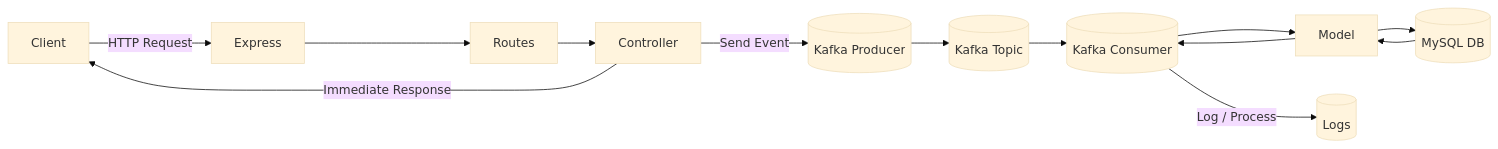
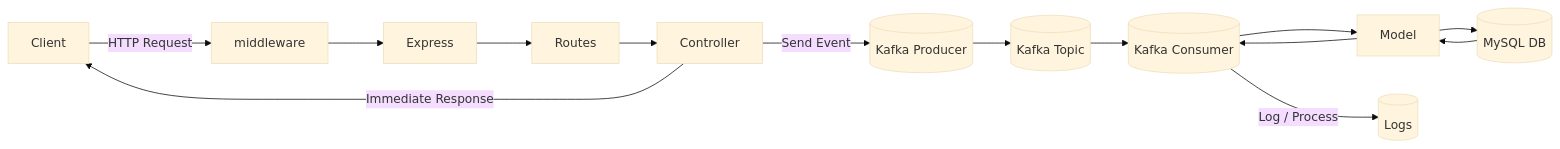
The second of 5 diagrams in README.md (abhis-10/Event-Driven-Order-Processing-System), drawn with Mermaid (base theme) before and after one commit. The commit also changed other lines of this file, not shown here.

First line of the commit message:
Enhance README with project structure flowchart

````diff
--- a/README.md
+++ b/README.md
@@ -54,20 +57,20 @@
 ```mermaid
 flowchart LR
-    Client -->|HTTP Request| Express
+    Client -->|HTTP Request| middleware --> Express
     Express --> Routes
     Routes --> Controller
 
     Controller -->|Send Event| KafkaProducer[(Kafka Producer)]
     KafkaProducer --> KafkaTopic[(Kafka Topic)]
 
     KafkaTopic --> KafkaConsumer[(Kafka Consumer)]
     KafkaConsumer --> Model
     Model --> MySQL[(MySQL DB)]
 
     MySQL --> Model
     Model --> KafkaConsumer
     KafkaConsumer -->|Log / Process| Console[(Logs)]
 
     Controller -->|Immediate Response| Client
 
 ```
````
